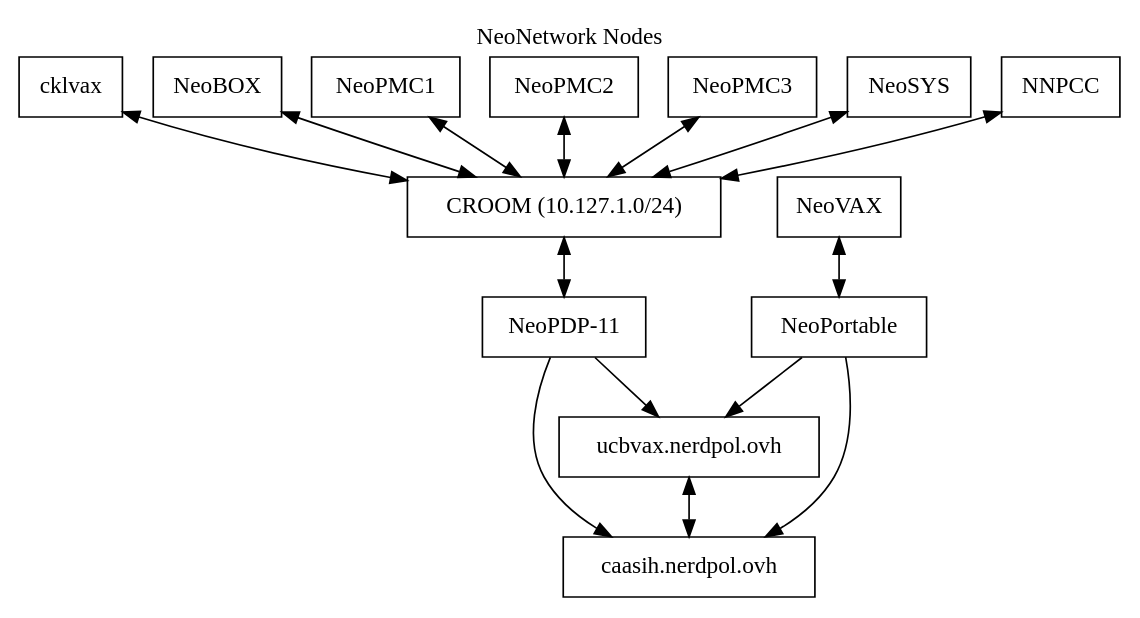
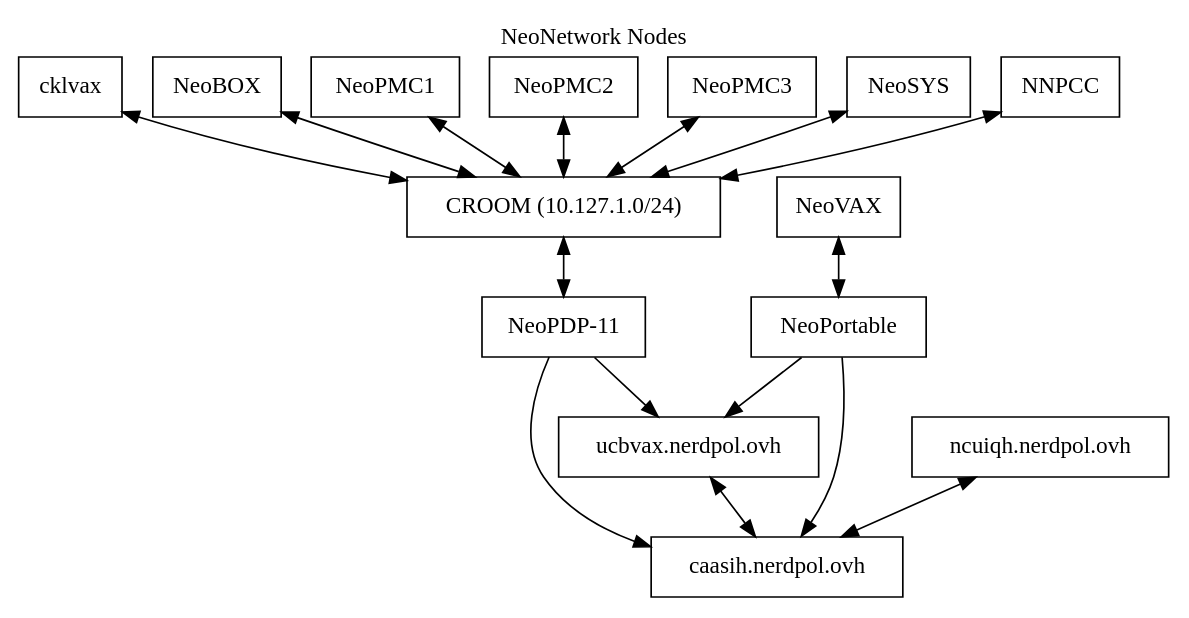
One commit to NeoCloud/NeoNetwork changed the diagram in nodes.dot. Above: the diagram before and after it, drawn with Graphviz. The commit also changed 5 other files, not shown here.

```diff
--- a/nodes.dot
+++ b/nodes.dot
@@ -1,30 +1,32 @@
 digraph ""
 {
 	labelloc="t";
 	label="NeoNetwork Nodes";
 	rankdir=TD
 	node [shape=box]
 	c [label="caasih.nerdpol.ovh"]
 	ucbvax [label="ucbvax.nerdpol.ovh"]
 	np11 [label="NeoPDP-11"]
 	cklvax [label="cklvax"]
 	neobox [label="NeoBOX"]
 	local [label="CROOM (10.127.1.0/24)"]
 	np [label="NeoPortable"]
 	nv [label="NeoVAX"]
+	ncuiqh [label="ncuiqh.nerdpol.ovh"]
 
 	NeoPMC1 -> local [dir=both]
 	NeoPMC2 -> local [dir=both]
 	NeoPMC3 -> local [dir=both]
 	NeoSYS -> local [dir=both]
 	NNPCC -> local [dir=both]
 	np11 -> c
 	np11 -> ucbvax
 	ucbvax -> c [dir=both]
 	cklvax -> local [dir=both]
 	neobox -> local [dir=both]
 	local -> np11 [dir=both]
 	np -> ucbvax
 	np -> c
 	nv -> np [dir=both]
+	ncuiqh -> c [dir=both]
 }
```
